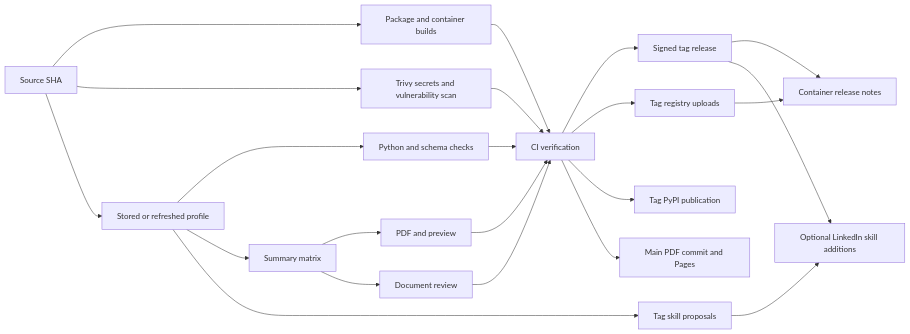
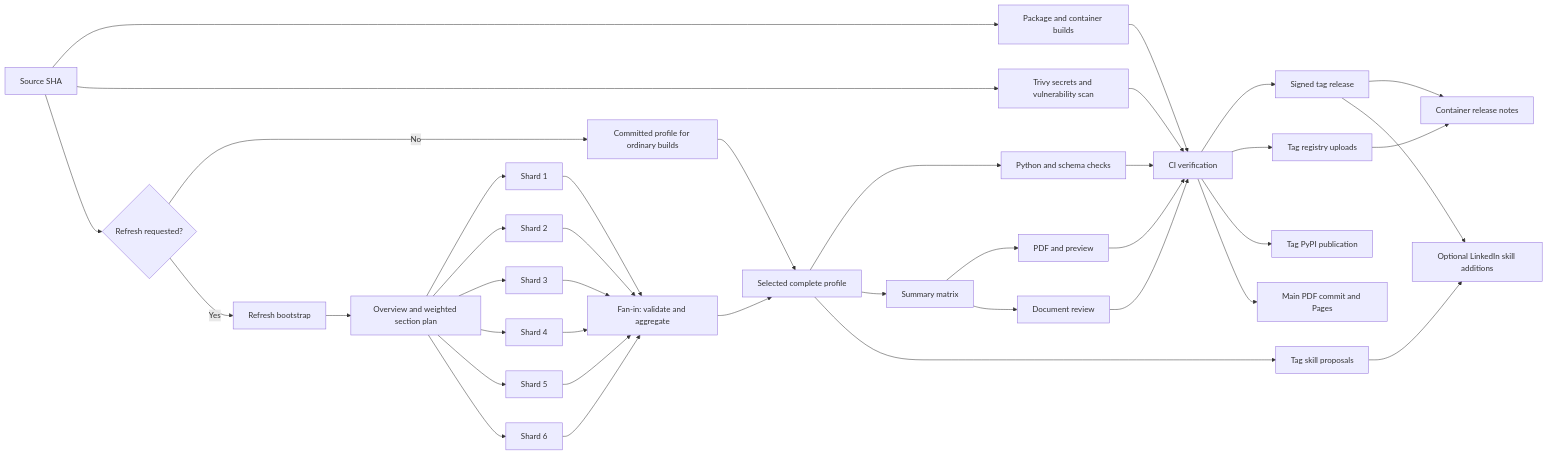
Before and after one commit to astrivant/resume: the diagram in docs/automation.md, drawn with Mermaid. The commit also changed other lines of this file and 2 other files, not shown here.

````diff
--- a/docs/automation.md
+++ b/docs/automation.md
@@ -67,24 +93,41 @@
 ```mermaid
 flowchart LR
     source[Source SHA] --> builds[Package and container builds]
     source --> trivy[Trivy secrets and vulnerability scan]
-    source --> profile[Stored or refreshed profile]
+    source --> refresh{Refresh requested?}
+    refresh -->|No| stored[Committed profile for ordinary builds]
+    refresh -->|Yes| bootstrap[Refresh bootstrap]
+    bootstrap --> plan[Overview and weighted section plan]
+    plan --> shard1[Shard 1]
+    plan --> shard2[Shard 2]
+    plan --> shard3[Shard 3]
+    plan --> shard4[Shard 4]
+    plan --> shard5[Shard 5]
+    plan --> shard6[Shard 6]
+    shard1 --> aggregate[Fan-in: validate and aggregate]
+    shard2 --> aggregate
+    shard3 --> aggregate
+    shard4 --> aggregate
+    shard5 --> aggregate
+    shard6 --> aggregate
+    stored --> profile[Selected complete profile]
+    aggregate --> profile
     profile --> tests[Python and schema checks]
     profile --> summaries[Summary matrix]
     profile --> skills[Tag skill proposals]
     summaries --> pdf[PDF and preview]
     summaries --> review[Document review]
     builds --> gate[CI verification]
     trivy --> gate
     tests --> gate
     pdf --> gate
     review --> gate
     gate --> release[Signed tag release]
     gate --> registries[Tag registry uploads]
     gate --> pypi[Tag PyPI publication]
     gate --> main[Main PDF commit and Pages]
     release --> notes[Container release notes]
     registries --> notes
     release --> publishskills[Optional LinkedIn skill additions]
     skills --> publishskills
 ```
````
